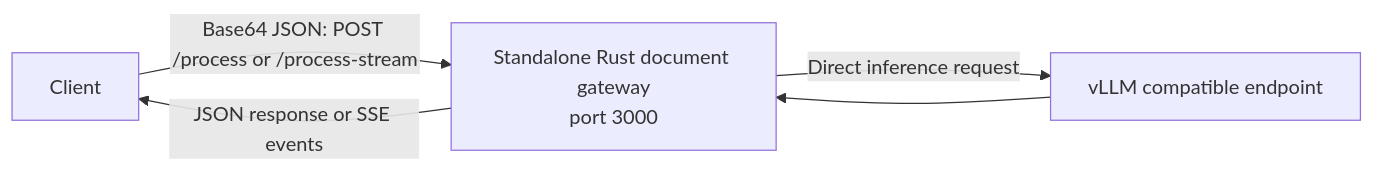
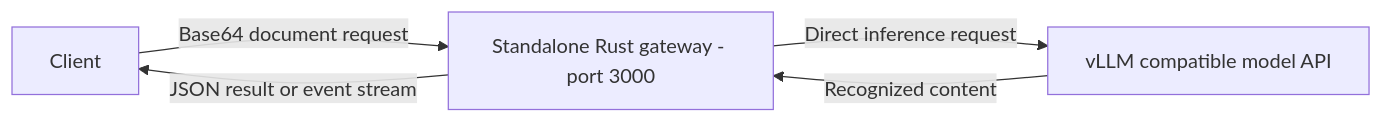
Before and after one commit to abelphedia/docustream-ocr-engineering: the third of 3 diagrams in README.md, drawn with Mermaid. The commit also changed other lines of this file, not shown here.

Commit message:
Fix README sequence diagram

````diff
--- a/README.md
+++ b/README.md
@@ -95,7 +105,7 @@
 ```mermaid
 flowchart LR
-    Client[Client] -->|Base64 JSON: POST /process or /process-stream| Gateway[Standalone Rust document gateway\nport 3000]
-    Gateway -->|Direct inference request| Model[vLLM compatible endpoint]
-    Model --> Gateway
-    Gateway -->|JSON response or SSE events| Client
+    CLIENT[Client] -->|Base64 document request| GATEWAY[Standalone Rust gateway - port 3000]
+    GATEWAY -->|Direct inference request| MODEL[vLLM compatible model API]
+    MODEL -->|Recognized content| GATEWAY
+    GATEWAY -->|JSON result or event stream| CLIENT
 ```
````
